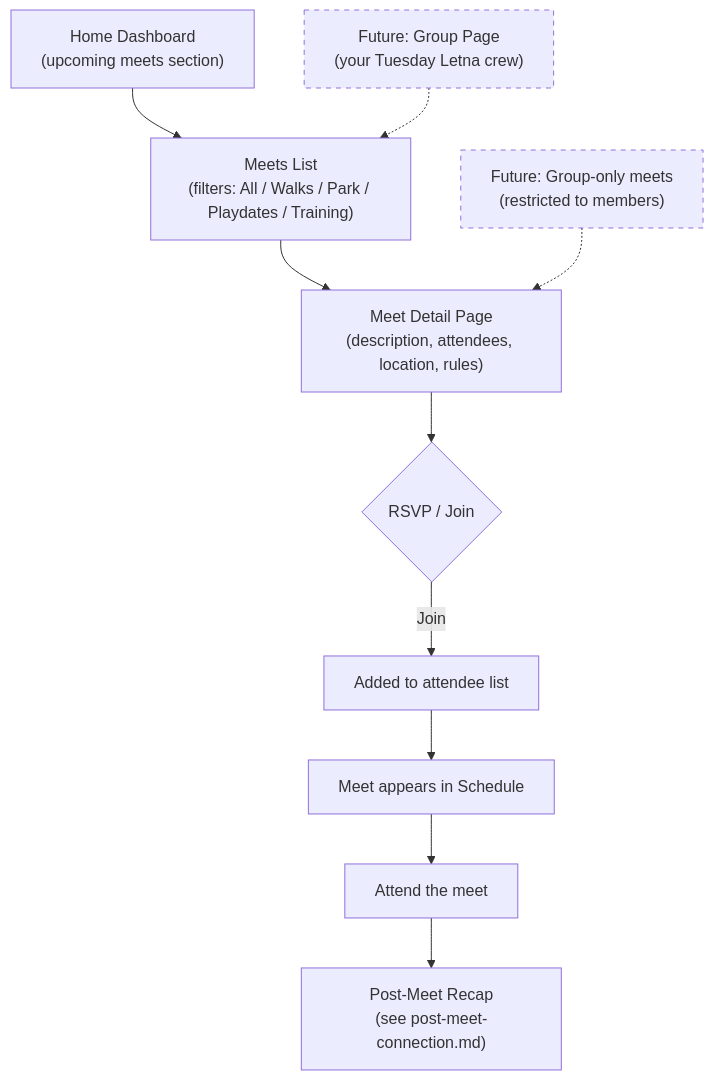
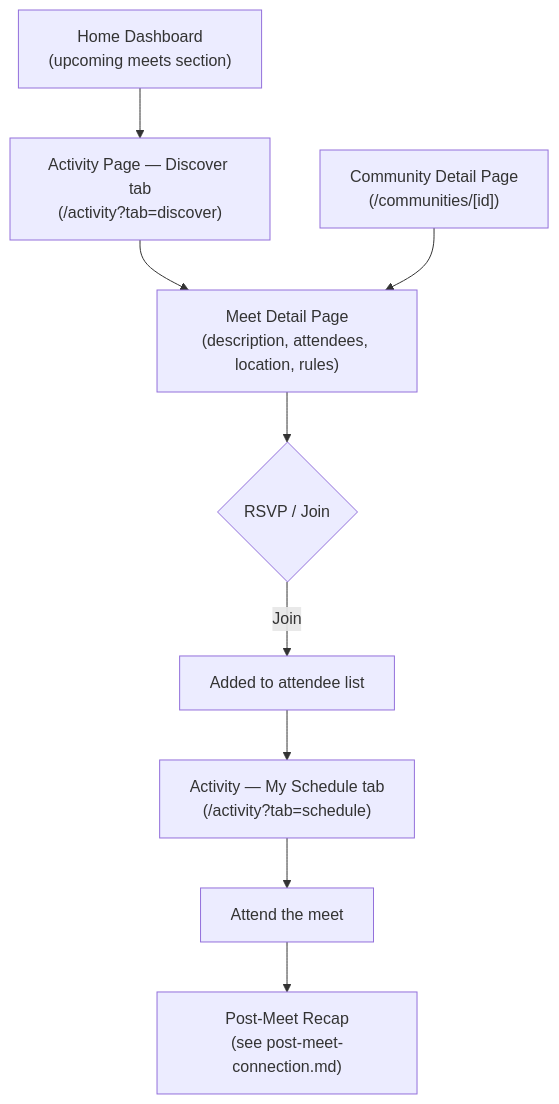
One commit to ShawnTalvacchia/doggo changed the diagram in docs/flows/meet-discovery.md. Above: the diagram before and after it, drawn with Mermaid. The commit also changed other lines of this file and 78 other files, not shown here.

First line of the commit message:
Phase 13-14: Meet type enrichment, community & activity restructure, generated images

````diff
--- a/docs/flows/meet-discovery.md
+++ b/docs/flows/meet-discovery.md
@@ -10,15 +10,12 @@
 ```mermaid
 flowchart TD
-    A["Home Dashboard\n(upcoming meets section)"] --> B["Meets List\n(filters: All / Walks / Park / Playdates / Training)"]
+    A["Home Dashboard\n(upcoming meets section)"] --> B["Activity Page — Discover tab\n(/activity?tab=discover)"]
     B --> C["Meet Detail Page\n(description, attendees, location, rules)"]
     C --> D{"RSVP / Join"}
     D -->|Join| E["Added to attendee list"]
-    E --> F["Meet appears in Schedule"]
+    E --> F["Activity — My Schedule tab\n(/activity?tab=schedule)"]
     F --> G["Attend the meet"]
     G --> H["Post-Meet Recap\n(see post-meet-connection.md)"]
 
-    style I stroke-dasharray: 5 5
-    style J stroke-dasharray: 5 5
-    I["Future: Group Page\n(your Tuesday Letna crew)"] -.-> B
-    J["Future: Group-only meets\n(restricted to members)"] -.-> C
+    I["Community Detail Page\n(/communities/[id])"] --> C
 ```
````
